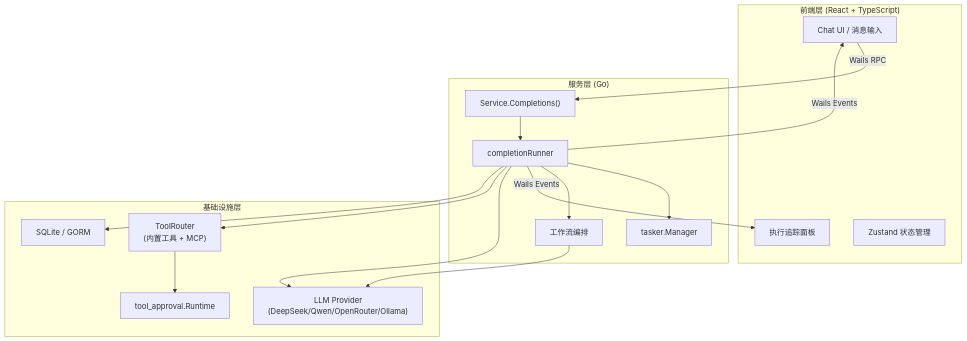
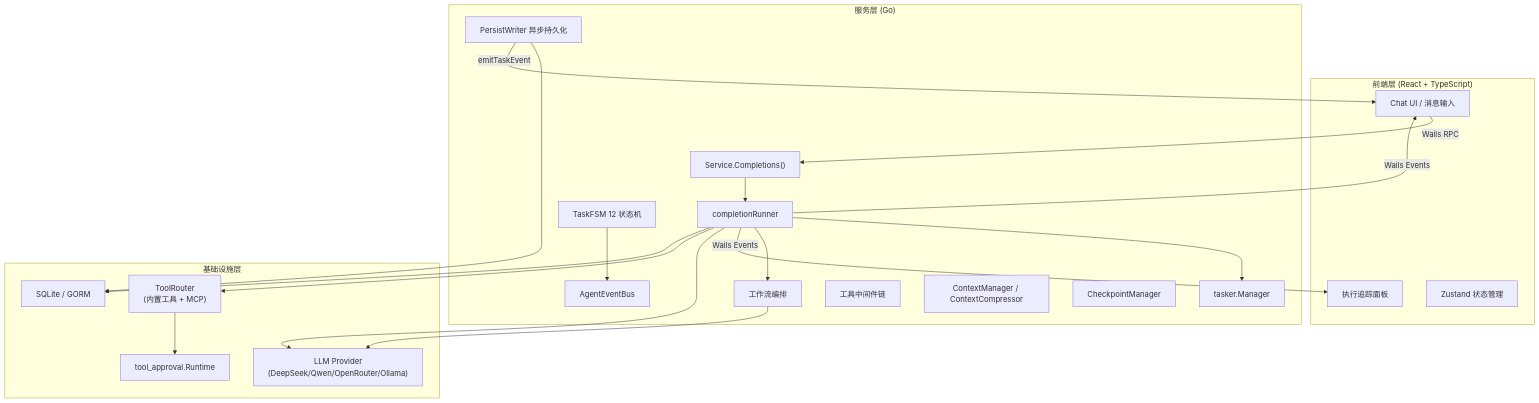
The first of 8 diagrams in docs/agent-flow.md (MikeLINGxZ/justchat), drawn with Mermaid before and after one commit. The commit also changed other lines of this file and 17 other files, not shown here.

````diff
--- a/docs/agent-flow.md
+++ b/docs/agent-flow.md
@@ -23,34 +23,43 @@
 ```mermaid
 graph TD
     subgraph Frontend ["前端层 (React + TypeScript)"]
         UI[Chat UI / 消息输入]
         Trace[执行追踪面板]
         Store[Zustand 状态管理]
     end
 
     subgraph Service ["服务层 (Go)"]
         Completions["Service.Completions()"]
         Runner["completionRunner"]
         TaskMgr["tasker.Manager"]
         Orchestration["工作流编排"]
+        FSM["TaskFSM 12 状态机"]
+        EventBus["AgentEventBus"]
+        Middleware["工具中间件链"]
+        PersistWriter["PersistWriter 异步持久化"]
+        ContextMgr["ContextManager / ContextCompressor"]
+        Checkpoint["CheckpointManager"]
     end
 
     subgraph Infra ["基础设施层"]
         LLM["LLM Provider<br/>(DeepSeek/Qwen/OpenRouter/Ollama)"]
         ToolRouter["ToolRouter<br/>(内置工具 + MCP)"]
         Approval["tool_approval.Runtime"]
         Storage["SQLite / GORM"]
     end
 
     UI -->|Wails RPC| Completions
     Completions --> Runner
     Runner --> TaskMgr
     Runner --> Orchestration
     Runner -->|Wails Events| UI
     Runner -->|Wails Events| Trace
     Orchestration --> LLM
     Runner --> LLM
     Runner --> ToolRouter
     ToolRouter --> Approval
     Runner --> Storage
+    PersistWriter --> Storage
+    PersistWriter -->|emitTaskEvent| UI
+    FSM --> EventBus
 ```
````
